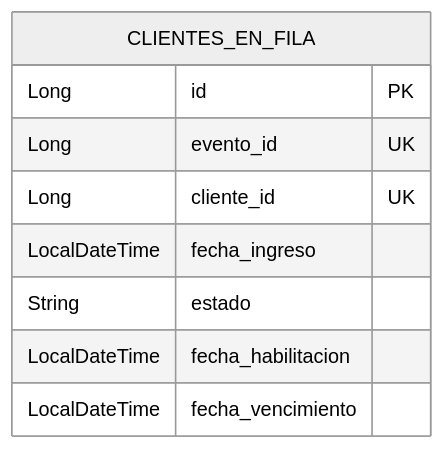
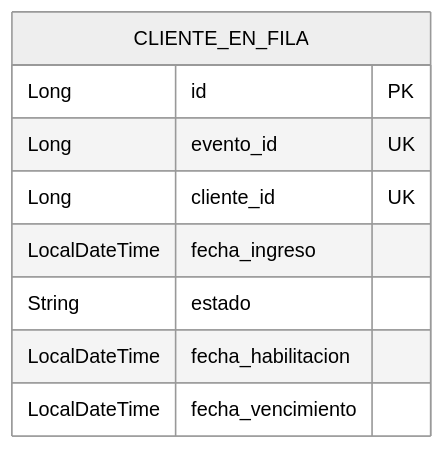
Before and after one commit to LuliDiNucci/arquitecturasGrupo12: the diagram in TPE-micro2/msvc-fila-virtual/docs/03-MODELO-DE-DATOS.md, drawn with Mermaid (neutral theme). The commit also changed other lines of this file and 294 other files, not shown here.

````diff
--- a/TPE-micro2/msvc-fila-virtual/docs/03-MODELO-DE-DATOS.md
+++ b/TPE-micro2/msvc-fila-virtual/docs/03-MODELO-DE-DATOS.md
@@ -115,12 +32,12 @@
 ```mermaid
 erDiagram
-    CLIENTES_EN_FILA {
+    CLIENTE_EN_FILA {
         Long id PK
         Long evento_id UK
         Long cliente_id UK
         LocalDateTime fecha_ingreso
         String estado
         LocalDateTime fecha_habilitacion
         LocalDateTime fecha_vencimiento
     }
 ```
````
